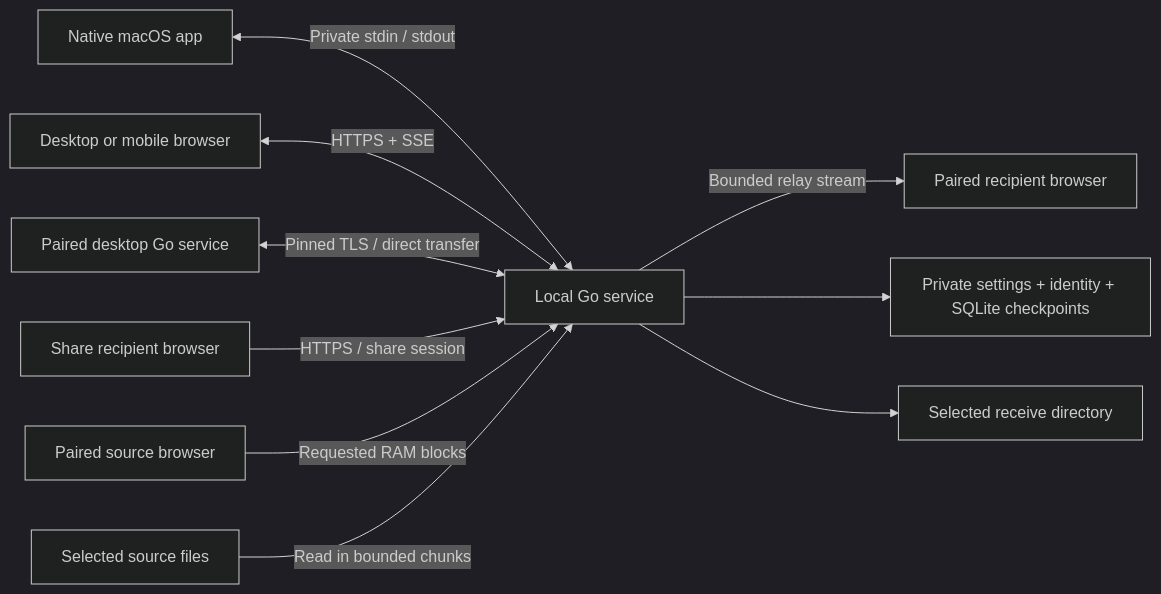
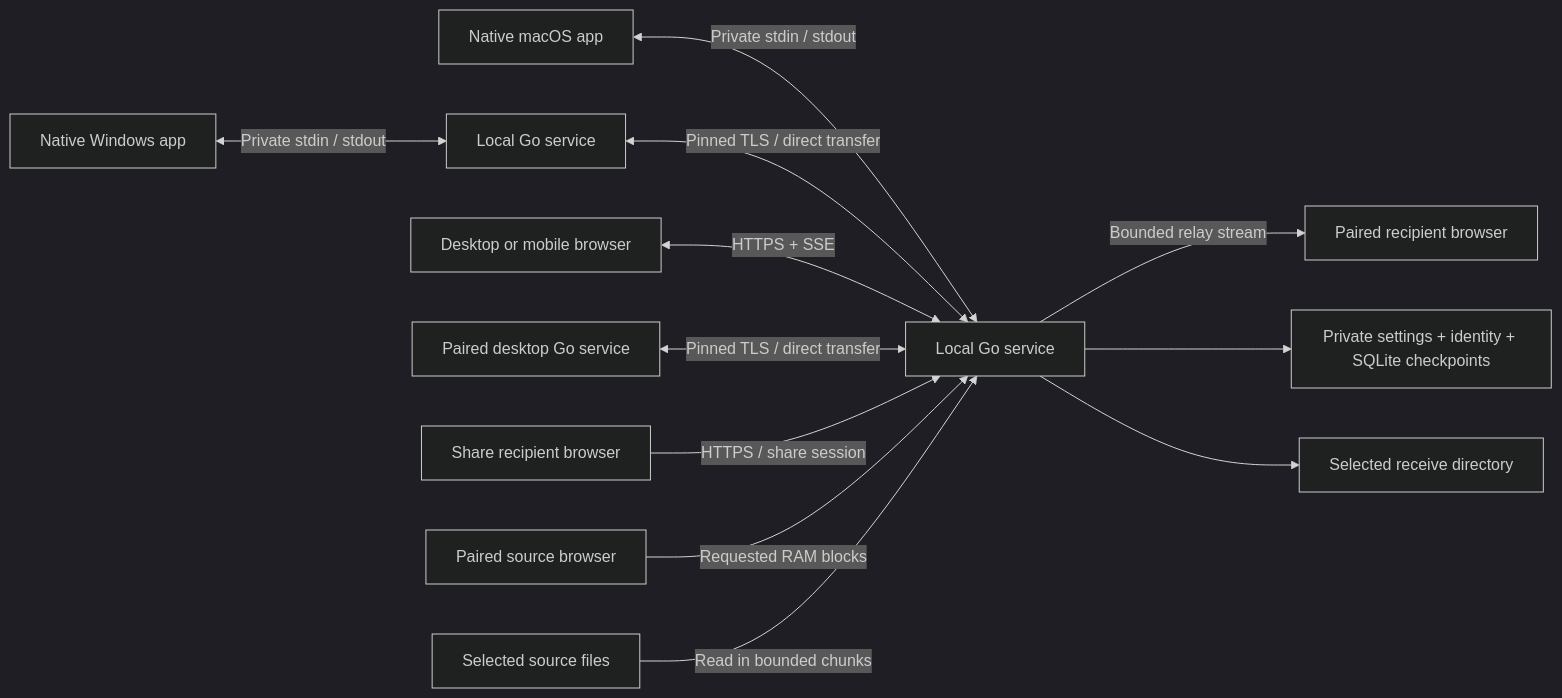
One commit to lucaskleinsteuber/Airlink changed the diagram in docs/ARCHITECTURE.md. Above: the diagram before and after it, drawn with Mermaid (dark theme). The commit also changed other lines of this file and 57 other files, not shown here.

Commit message:
Add native Windows app and improve desktop receipt flow for 0.6.0

````diff
--- a/docs/ARCHITECTURE.md
+++ b/docs/ARCHITECTURE.md
@@ -5,12 +5,14 @@
 ```mermaid
 flowchart LR
   Mac[Native macOS app] <-->|Private stdin / stdout| Host[Local Go service]
+  Windows[Native Windows app] <-->|Private stdin / stdout| WindowsHost[Local Go service]
+  WindowsHost <-->|Pinned TLS / direct transfer| Host
   Browser[Desktop or mobile browser] <-->|HTTPS + SSE| Host
   Peer[Paired desktop Go service] <-->|Pinned TLS / direct transfer| Host
   Recipient[Share recipient browser] -->|HTTPS / share session| Host
   SenderTab[Paired source browser] -->|Requested RAM blocks| Host
   Host -->|Bounded relay stream| ReceiverTab[Paired recipient browser]
   Host --> State[Private settings + identity + SQLite checkpoints]
   Host --> Destination[Selected receive directory]
   Source[Selected source files] -->|Read in bounded chunks| Host
 ```
````
